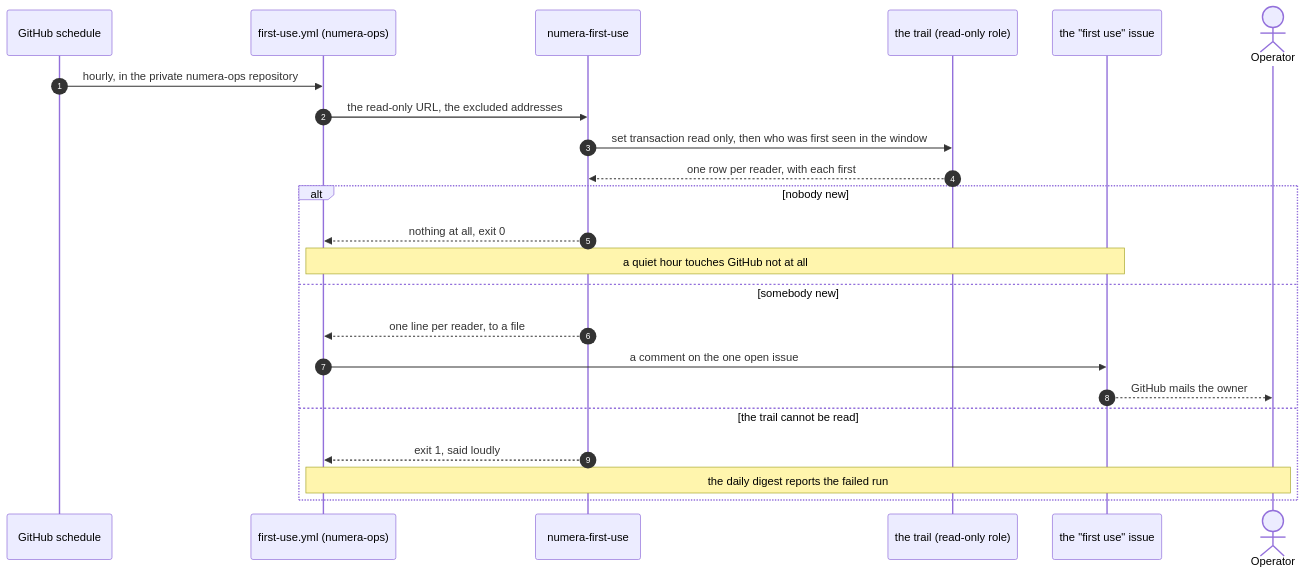
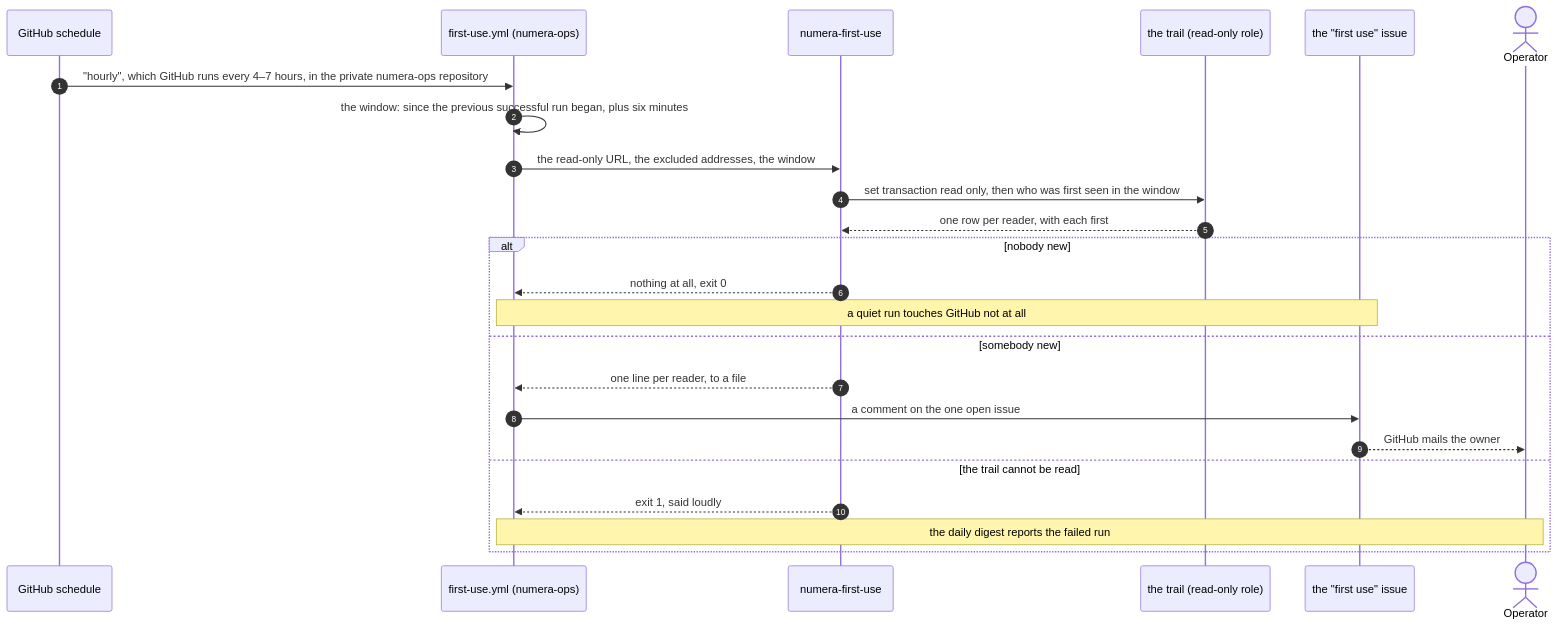
Before and after one commit to DukeOfErl/Numera: the sixth of 14 diagrams in docs/diagrams/architecture.md, drawn with Mermaid. The commit also changed other lines of this file, not shown here.

First line of the commit message:
Bring the architecture diagrams up to date

````diff
--- a/docs/diagrams/architecture.md
+++ b/docs/diagrams/architecture.md
@@ -307,25 +311,26 @@
 ```mermaid
 sequenceDiagram
     autonumber
     participant Tick as GitHub schedule
     participant Job as first-use.yml (numera-ops)
     participant Cmd as numera-first-use
     participant Trail as the trail (read-only role)
     participant Issue as the "first use" issue
     actor Operator
-    Tick->>Job: hourly, in the private numera-ops repository
-    Job->>Cmd: the read-only URL, the excluded addresses
+    Tick->>Job: "hourly", which GitHub runs every 4–7 hours, in the private numera-ops repository
+    Job->>Job: the window: since the previous successful run began, plus six minutes
+    Job->>Cmd: the read-only URL, the excluded addresses, the window
     Cmd->>Trail: set transaction read only, then who was first seen in the window
     Trail-->>Cmd: one row per reader, with each first
     alt nobody new
         Cmd-->>Job: nothing at all, exit 0
-        Note over Job,Issue: a quiet hour touches GitHub not at all
+        Note over Job,Issue: a quiet run touches GitHub not at all
     else somebody new
         Cmd-->>Job: one line per reader, to a file
         Job->>Issue: a comment on the one open issue
         Issue-->>Operator: GitHub mails the owner
     else the trail cannot be read
         Cmd-->>Job: exit 1, said loudly
         Note over Job,Operator: the daily digest reports the failed run
     end
 ```
````
